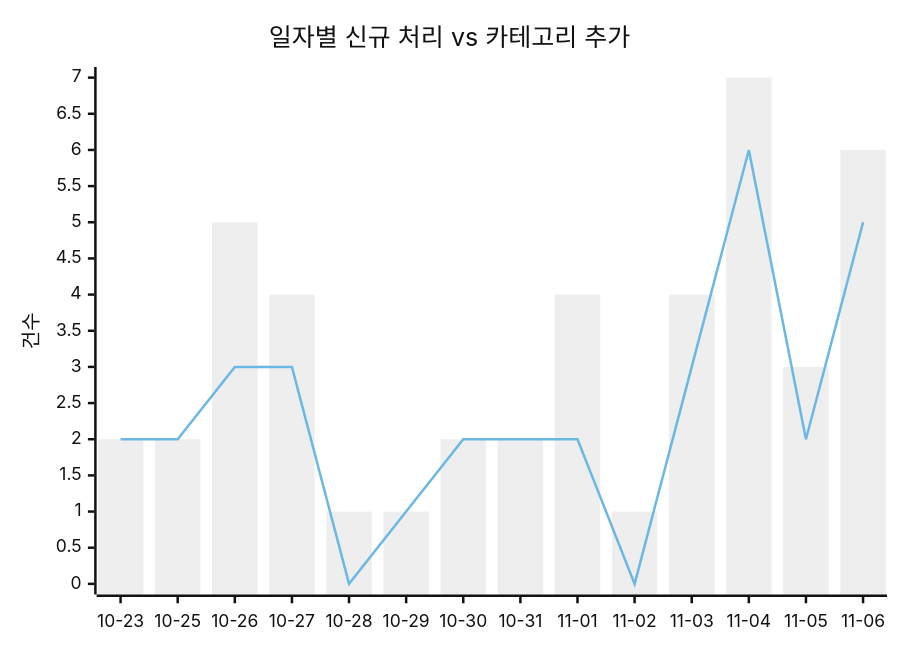
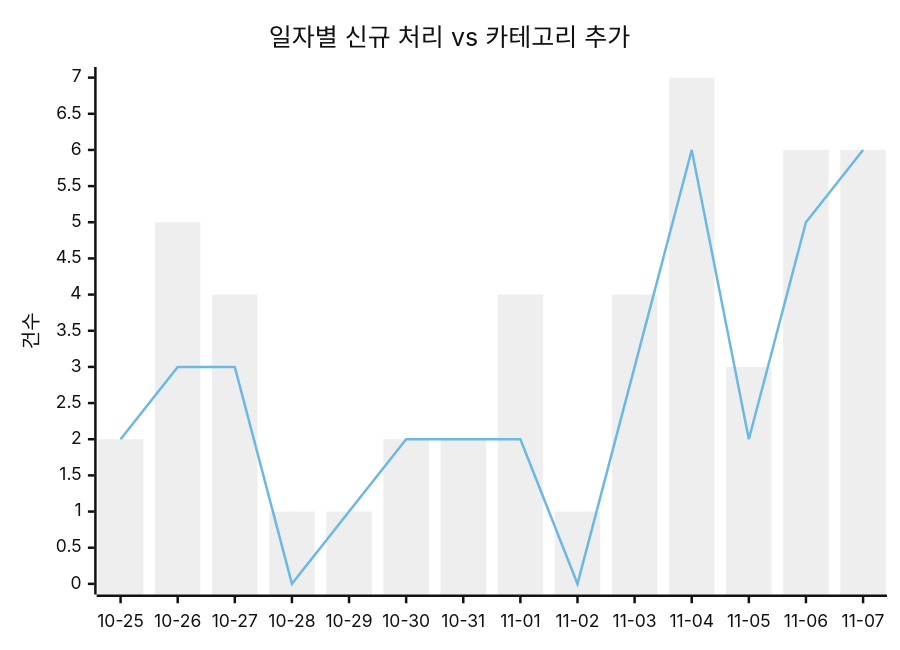
One commit to J-nowcow/awesome-korean-agent-skills changed the first of 2 diagrams in docs/trends.md. Above: the diagram before and after it, drawn with Mermaid (neutral theme). The commit also changed other lines of this file and 6 other files, not shown here.

````diff
--- a/docs/trends.md
+++ b/docs/trends.md
@@ -32,8 +32,8 @@
 ```mermaid
 xychart-beta
     title "일자별 신규 처리 vs 카테고리 추가"
-    x-axis ["10-23","10-25","10-26","10-27","10-28","10-29","10-30","10-31","11-01","11-02","11-03","11-04","11-05","11-06"]
+    x-axis ["10-25","10-26","10-27","10-28","10-29","10-30","10-31","11-01","11-02","11-03","11-04","11-05","11-06","11-07"]
     y-axis "건수"
-    bar [2,2,5,4,1,1,2,2,4,1,4,7,3,6]
-    line [2,2,3,3,0,1,2,2,2,0,3,6,2,5]
+    bar [2,5,4,1,1,2,2,4,1,4,7,3,6,6]
+    line [2,3,3,0,1,2,2,2,0,3,6,2,5,6]
 ```
````
